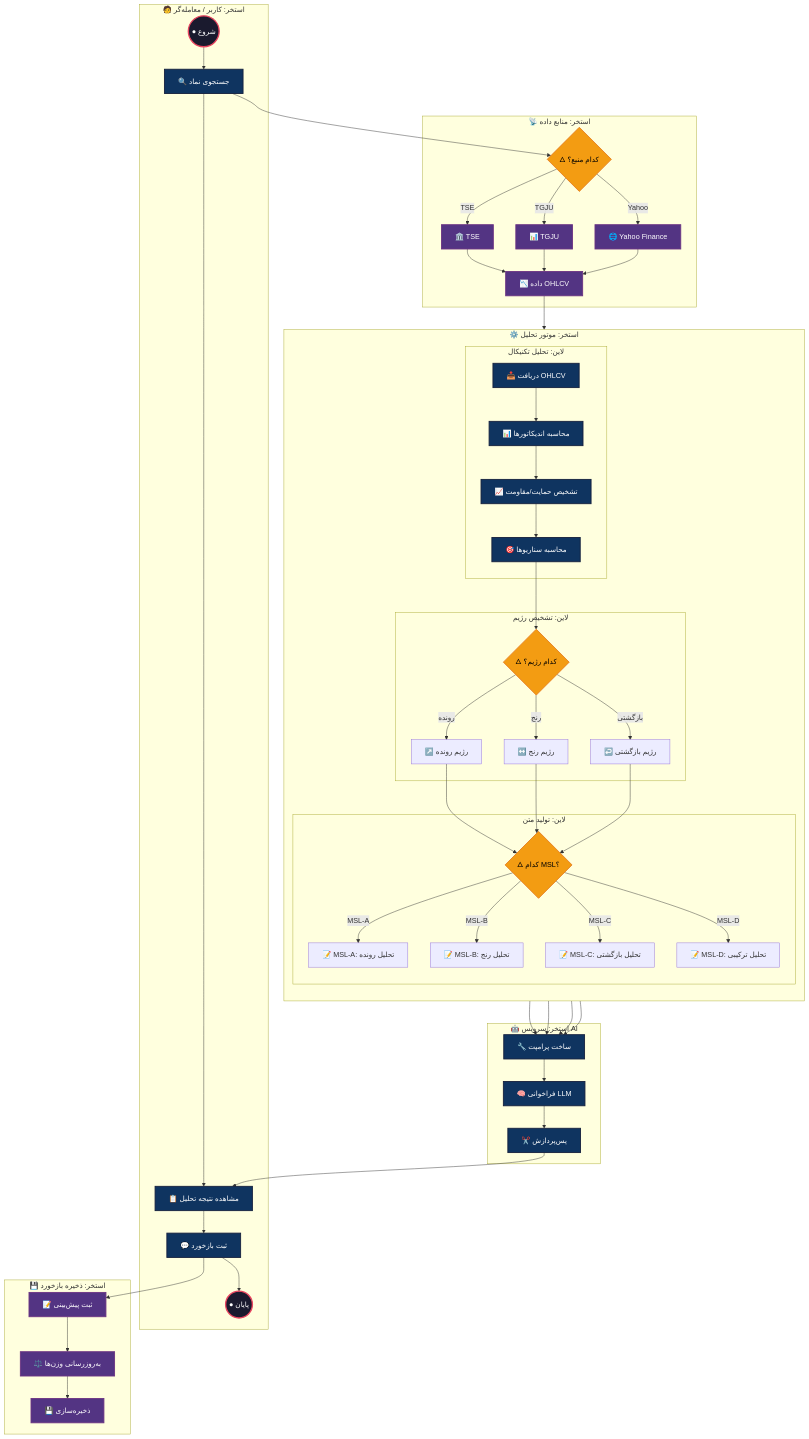
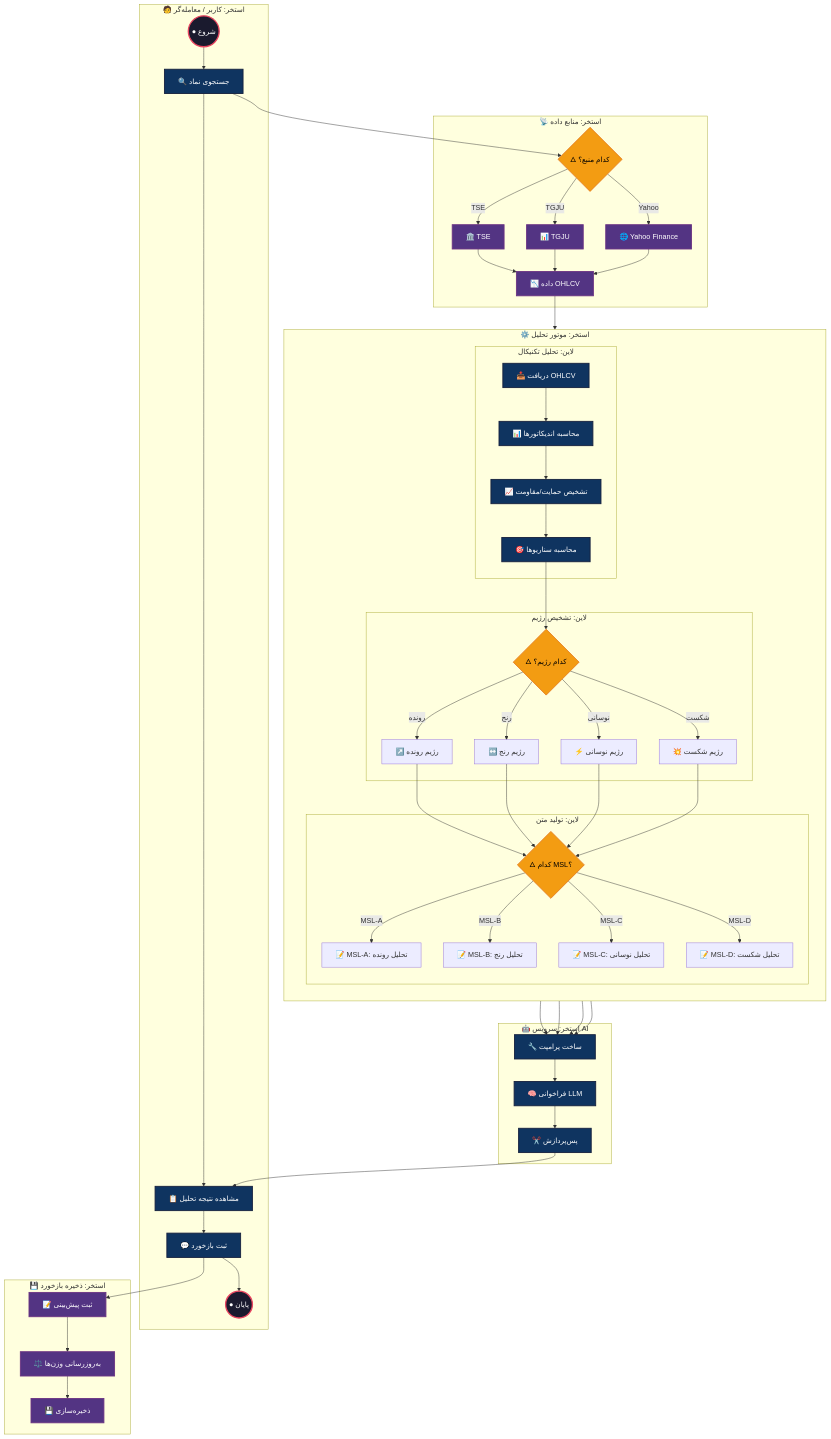
One commit to Shakour-Data/TechnicalAI changed the first of 9 diagrams in bpmn-section.md. Above: the diagram before and after it, drawn with Mermaid. The commit also changed other lines of this file and 23 other files, not shown here.

Commit message:
Update API services, decision graph, and TSE/Yahoo integrations

````diff
--- a/bpmn-section.md
+++ b/bpmn-section.md
@@ -16,72 +16,74 @@
 ```mermaid
 flowchart TB
     subgraph P1["🧑 استخر: کاربر / معامله‌گر"]
         START((● شروع)) --> SEARCH["🔍 جستجوی نماد"]
         SEARCH --> REVIEW["📋 مشاهده نتیجه تحلیل"]
         REVIEW --> FEEDBACK["💬 ثبت بازخورد"]
         FEEDBACK --> END((● پایان))
     end
 
     subgraph P2["⚙️ استخر: موتور تحلیل"]
         direction TB
         subgraph L1["لاین: تحلیل تکنیکال"]
             FETCH["📥 دریافت OHLCV"] --> INDICATORS["📊 محاسبه اندیکاتورها"]
             INDICATORS --> SR["📈 تشخیص حمایت/مقاومت"]
             SR --> SCENARIOS["🎯 محاسبه سناریوها"]
         end
         subgraph L2["لاین: تشخیص رژیم"]
             SCENARIOS --> REGIME_GW{"🜂 کدام رژیم؟"}
-            REGIME_GW -->|رونده| TREND_R["↗️ رژیم رونده"]
-            REGIME_GW -->|رنج| RANGE_R["↔️ رژیم رنج"]
-            REGIME_GW -->|بازگشتی| MEAN_R["↩️ رژیم بازگشتی"]
+             REGIME_GW -->|رونده| TREND_R["↗️ رژیم رونده"]
+             REGIME_GW -->|رنج| RANGE_R["↔️ رژیم رنج"]
+             REGIME_GW -->|نوسانی| VOL_R["⚡ رژیم نوسانی"]
+             REGIME_GW -->|شکست| BRK_R["💥 رژیم شکست"]
         end
         subgraph L3["لاین: تولید متن"]
-            TREND_R --> MSL_GW{"🜂 کدام MSL؟"}
-            RANGE_R --> MSL_GW
-            MEAN_R --> MSL_GW
+             TREND_R --> MSL_GW{"🜂 کدام MSL؟"}
+             RANGE_R --> MSL_GW
+             VOL_R --> MSL_GW
+             BRK_R --> MSL_GW
             MSL_GW -->|MSL-A| MSL_A["📝 MSL-A: تحلیل رونده"]
             MSL_GW -->|MSL-B| MSL_B["📝 MSL-B: تحلیل رنج"]
-            MSL_GW -->|MSL-C| MSL_C["📝 MSL-C: تحلیل بازگشتی"]
-            MSL_GW -->|MSL-D| MSL_D["📝 MSL-D: تحلیل ترکیبی"]
+            MSL_GW -->|MSL-C| MSL_C["📝 MSL-C: تحلیل نوسانی"]
+            MSL_GW -->|MSL-D| MSL_D["📝 MSL-D: تحلیل شکست"]
         end
     end
 
     subgraph P3["🤖 استخر: سرویس AI"]
         MSL_A --> PROMPT["🔧 ساخت پرامپت"]
         MSL_B --> PROMPT
         MSL_C --> PROMPT
         MSL_D --> PROMPT
         PROMPT --> LLM["🧠 فراخوانی LLM"]
         LLM --> POST["✂️ پس‌پردازش"]
     end
 
     subgraph P4["📡 استخر: منابع داده"]
         SRC_GW{"🜂 کدام منبع؟"} -->|TSE| TSE["🏛️ TSE"]
         SRC_GW -->|TGJU| TGJU["📊 TGJU"]
         SRC_GW -->|Yahoo| YAHOO["🌐 Yahoo Finance"]
         TSE --> OHLCV["📉 داده OHLCV"]
         TGJU --> OHLCV
         YAHOO --> OHLCV
     end
 
     subgraph P5["💾 استخر: ذخیره بازخورد"]
         FEEDBACK --> REC["📝 ثبت پیش‌بینی"]
         REC --> UPD["⚖️ به‌روزرسانی وزن‌ها"]
         UPD --> PERSIST["💾 ذخیره‌سازی"]
     end
 
     SEARCH --> SRC_GW
     OHLCV --> FETCH
     POST --> REVIEW
 
     classDef startEnd fill:#1a1a2e,stroke:#e94560,stroke-width:3px,color:#fff
     classDef gateway fill:#f39c12,stroke:#e67e22,stroke-width:2px,color:#000
     classDef process fill:#0f3460,stroke:#16213e,stroke-width:2px,color:#fff
     classDef data fill:#533483,stroke:#6c3483,stroke-width:2px,color:#fff
     class START,END startEnd
     class REGIME_GW,MSL_GW,SRC_GW gateway
     class SEARCH,REVIEW,FEEDBACK,FETCH,INDICATORS,SR,SCENARIOS process
     class PROMPT,LLM,POST process
     class TSE,TGJU,YAHOO,OHLCV data
     class REC,UPD,PERSIST data
 ```
````
